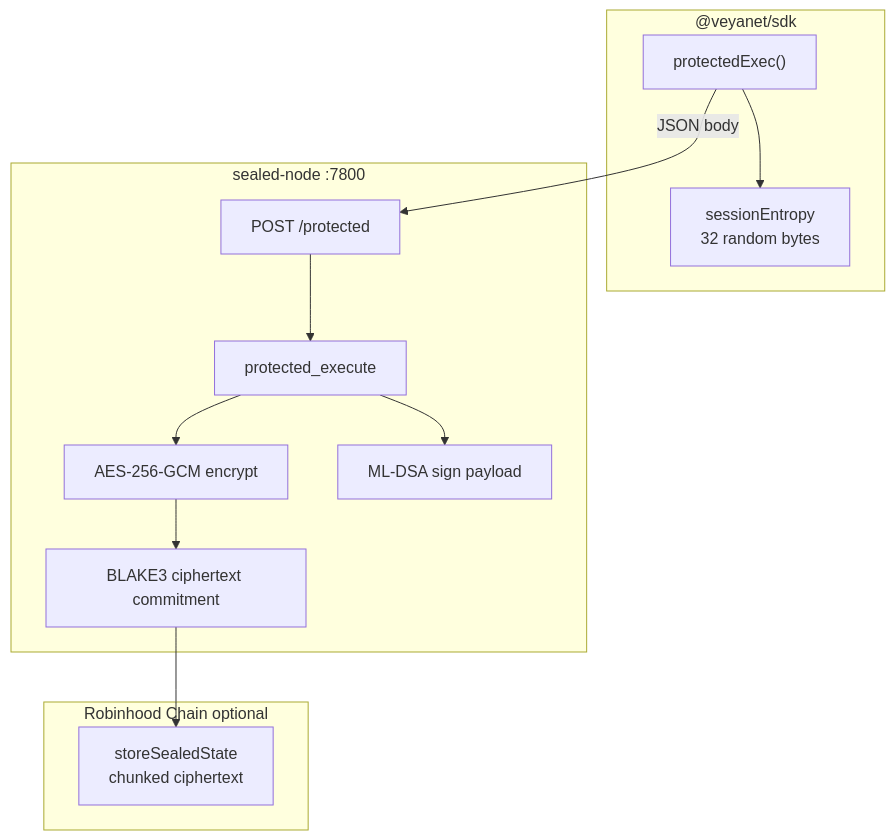
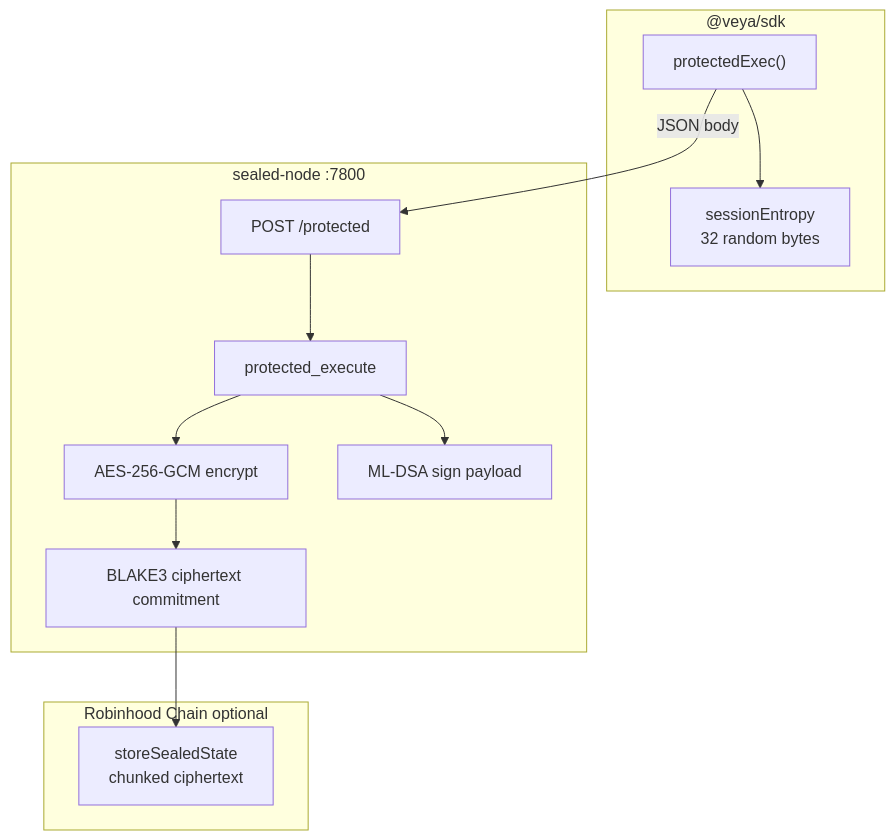
Before and after one commit to veyanet/veya-sdk: the first of 3 diagrams in docs/sdk/sealed-execution.md, drawn with Mermaid. The commit also changed other lines of this file, not shown here.

Commit message:
docs(sdk): refresh sealed execution honesty notes

````diff
--- a/docs/sdk/sealed-execution.md
+++ b/docs/sdk/sealed-execution.md
@@ -73,27 +73,27 @@
 ```mermaid
 flowchart TB
-    subgraph Client["@veyanet/sdk"]
+    subgraph Client["@veya/sdk"]
         PE["protectedExec()"]
         ENT["sessionEntropy\n32 random bytes"]
     end
 
     subgraph Node["sealed-node :7800"]
         HTTP["POST /protected"]
         SEAL["protected_execute"]
         AES["AES-256-GCM encrypt"]
         B3["BLAKE3 ciphertext commitment"]
         ML["ML-DSA sign payload"]
     end
 
     subgraph Chain["Robinhood Chain optional"]
         SS["storeSealedState\nchunked ciphertext"]
     end
 
     PE --> ENT
     PE -->|"JSON body"| HTTP
     HTTP --> SEAL
     SEAL --> AES
     AES --> B3
     SEAL --> ML
     B3 --> SS
 ```
````
